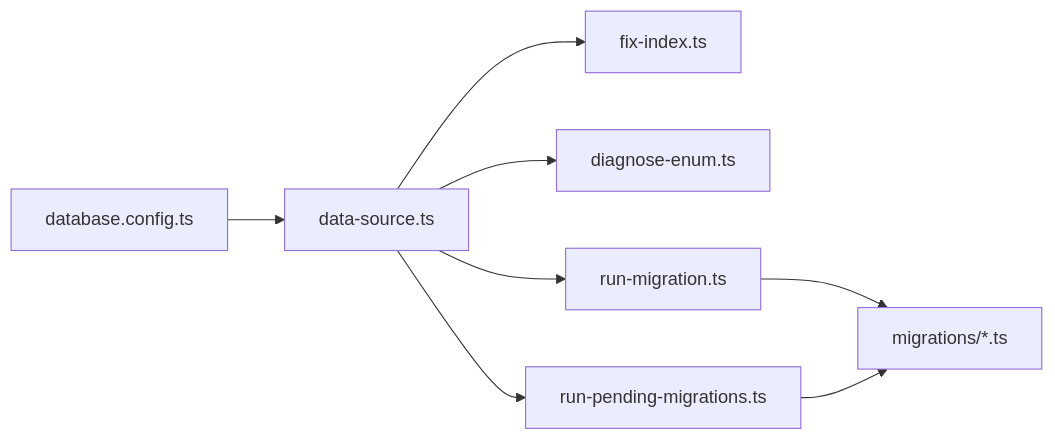
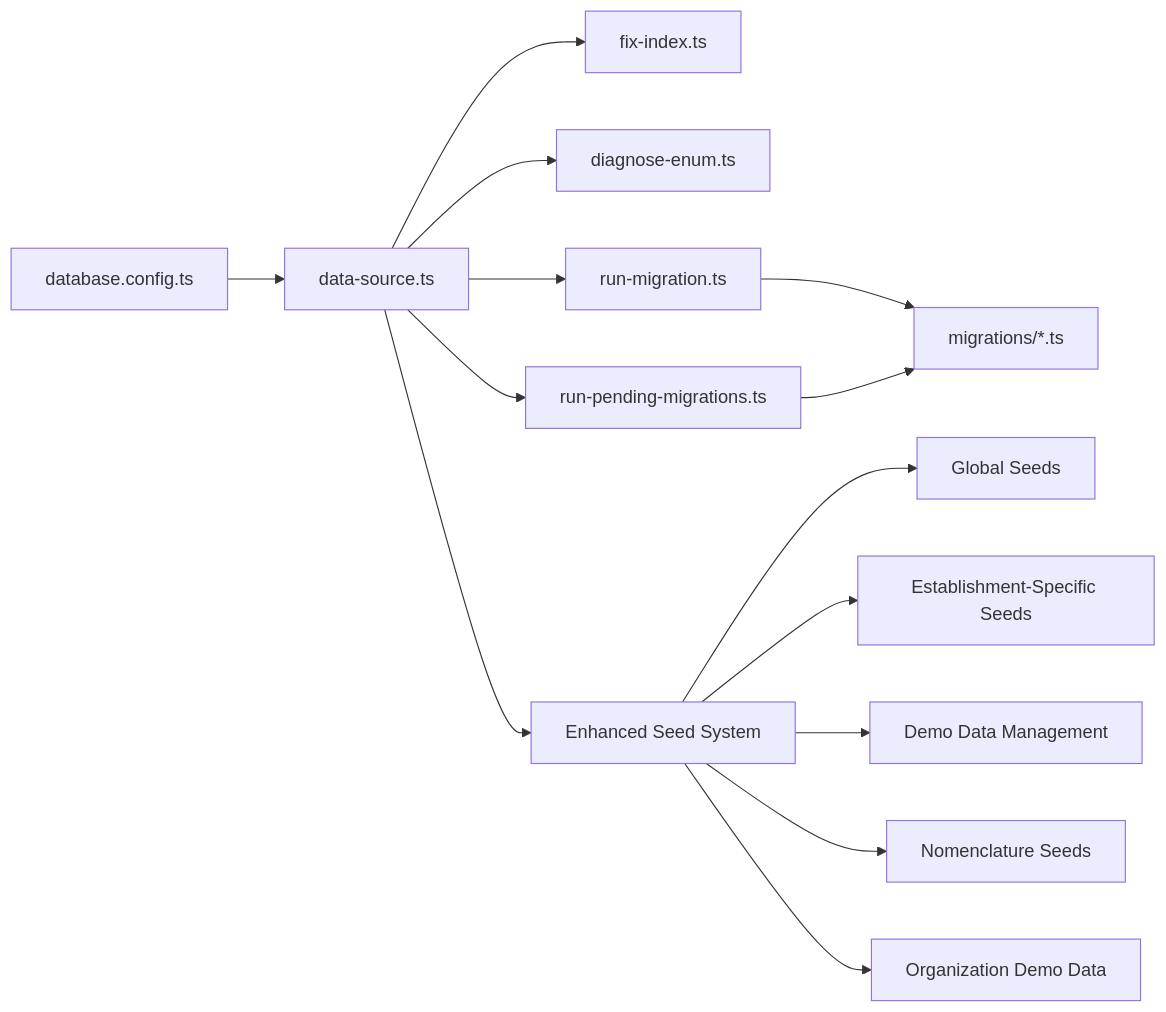
The fifth of 5 diagrams in .qoder/repowiki/en/content/System Architecture/Backend Architecture/Database Layer & TypeORM Implementation.md (franckylab/eLISAschool), drawn with Mermaid before and after one commit. The commit also changed other lines of this file and 85 other files, not shown here.

````diff
--- a/.qoder/repowiki/en/content/System Architecture/Backend Architecture/Database Layer & TypeORM Implementation.md
+++ b/.qoder/repowiki/en/content/System Architecture/Backend Architecture/Database Layer & TypeORM Implementation.md
@@ -291,10 +400,16 @@
 ```mermaid
 graph LR
 Config["database.config.ts"] --> DS["data-source.ts"]
 DS --> Indexer["fix-index.ts"]
 DS --> EnumDiag["diagnose-enum.ts"]
 DS --> MigRunner["run-migration.ts"]
 DS --> MigPending["run-pending-migrations.ts"]
+DS --> SeedSystem["Enhanced Seed System"]
 MigRunner --> MigArtifacts["migrations/*.ts"]
 MigPending --> MigArtifacts
+SeedSystem --> GlobalSeeds["Global Seeds"]
+SeedSystem --> TenantSeeds["Establishment-Specific Seeds"]
+SeedSystem --> DemoData["Demo Data Management"]
+SeedSystem --> Nomenclatures["Nomenclature Seeds"]
+SeedSystem --> OrgDemo["Organization Demo Data"]
 ```
````
